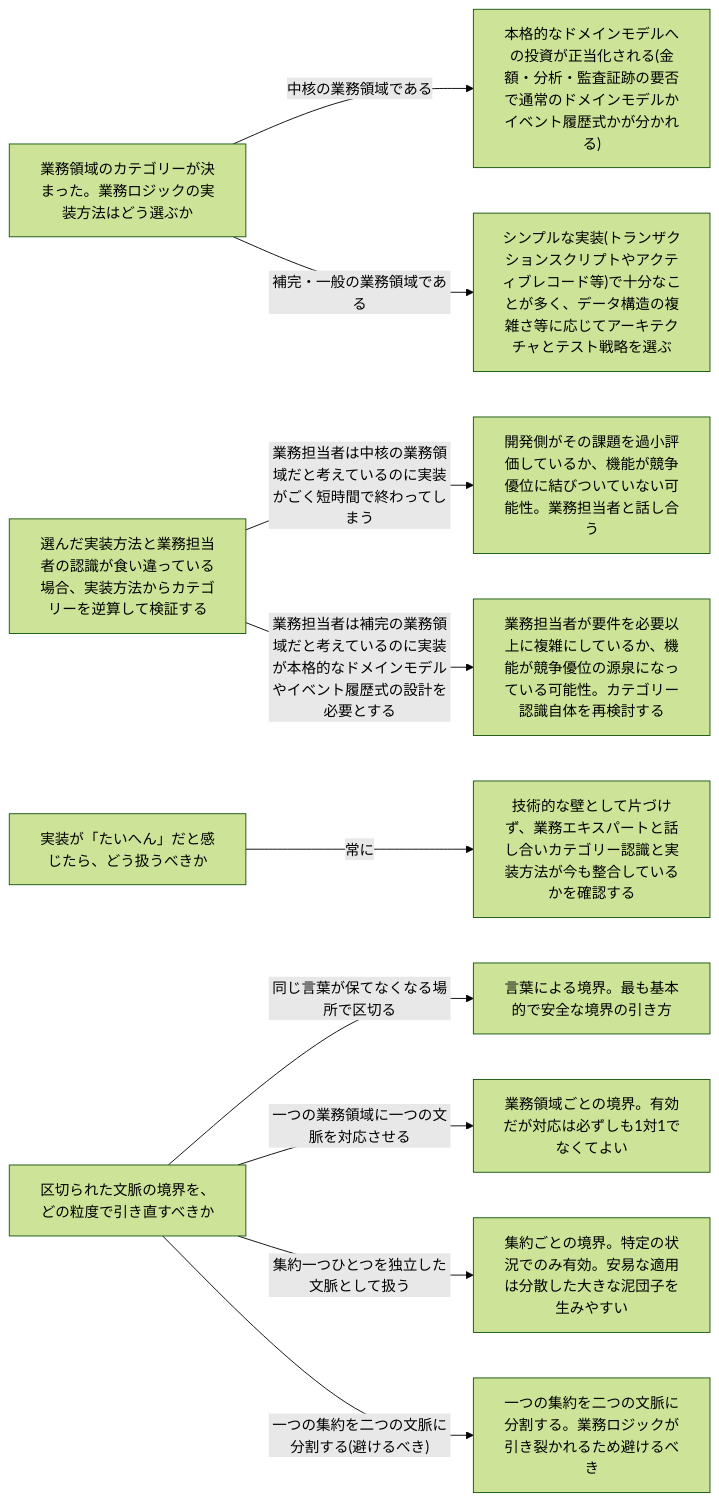
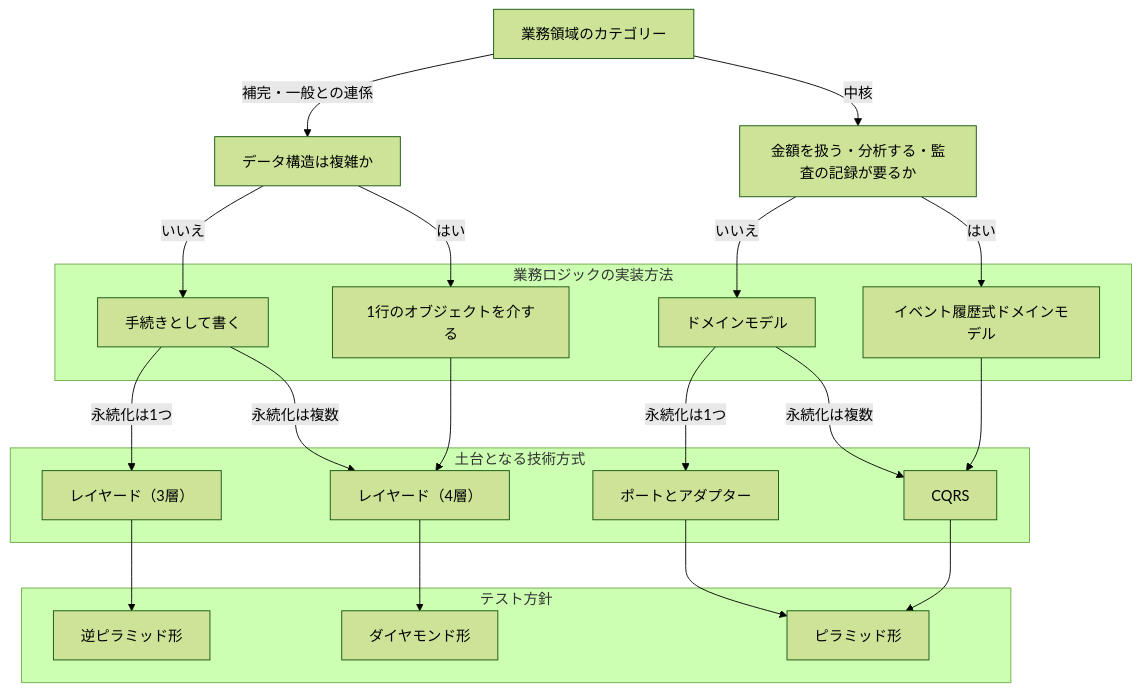
The first of 3 diagrams in .waffle/knowledge/ACTIVE/closing-heuristics.md (daidaiiro-519/waffle), drawn with Mermaid (forest theme) before and after one commit. The commit also changed other lines of this file and 20 other files, not shown here.

````diff
--- a/.waffle/knowledge/ACTIVE/closing-heuristics.md
+++ b/.waffle/knowledge/ACTIVE/closing-heuristics.md
@@ -46,25 +74,39 @@
 ```mermaid
-flowchart LR
-    q1["業務領域のカテゴリーが決まった。業務ロジックの実装方法はどう選ぶか"]
-    r1a["本格的なドメインモデルへの投資が正当化される(金額・分析・監査証跡の要否で通常のドメインモデルかイベント履歴式かが分かれる)"]
-    r1b["シンプルな実装(トランザクションスクリプトやアクティブレコード等)で十分なことが多く、データ構造の複雑さ等に応じてアーキテクチャとテスト戦略を選ぶ"]
-    q2["選んだ実装方法と業務担当者の認識が食い違っている場合、実装方法からカテゴリーを逆算して検証する"]
-    r2a["開発側がその課題を過小評価しているか、機能が競争優位に結びついていない可能性。業務担当者と話し合う"]
-    r2b["業務担当者が要件を必要以上に複雑にしているか、機能が競争優位の源泉になっている可能性。カテゴリー認識自体を再検討する"]
-    q3["実装が「たいへん」だと感じたら、どう扱うべきか"]
-    r3["技術的な壁として片づけず、業務エキスパートと話し合いカテゴリー認識と実装方法が今も整合しているかを確認する"]
-    q4["区切られた文脈の境界を、どの粒度で引き直すべきか"]
-    r4a["言葉による境界。最も基本的で安全な境界の引き方"]
-    r4b["業務領域ごとの境界。有効だが対応は必ずしも1対1でなくてよい"]
-    r4c["集約ごとの境界。特定の状況でのみ有効。安易な適用は分散した大きな泥団子を生みやすい"]
-    r4d["一つの集約を二つの文脈に分割する。業務ロジックが引き裂かれるため避けるべき"]
-    q1 -->|"中核の業務領域である"| r1a
-    q1 -->|"補完・一般の業務領域である"| r1b
-    q2 -->|"業務担当者は中核の業務領域だと考えているのに実装がごく短時間で終わってしまう"| r2a
-    q2 -->|"業務担当者は補完の業務領域だと考えているのに実装が本格的なドメインモデルやイベント履歴式の設計を必要とする"| r2b
-    q3 -->|"常に"| r3
-    q4 -->|"同じ言葉が保てなくなる場所で区切る"| r4a
-    q4 -->|"一つの業務領域に一つの文脈を対応させる"| r4b
-    q4 -->|"集約一つひとつを独立した文脈として扱う"| r4c
-    q4 -->|"一つの集約を二つの文脈に分割する(避けるべき)"| r4d
+flowchart TD
+    subgraph g0["業務ロジックの実装方法"]
+        n0["手続きとして書く"]
+        n1["1行のオブジェクトを介する"]
+        n2["ドメインモデル"]
+        n3["イベント履歴式ドメインモデル"]
+    end
+    subgraph g1["土台となる技術方式"]
+        n4["レイヤード（3層）"]
+        n5["レイヤード（4層）"]
+        n6["ポートとアダプター"]
+        n7[CQRS]
+    end
+    subgraph g2["テスト方針"]
+        n8["逆ピラミッド形"]
+        n9["ダイヤモンド形"]
+        n10["ピラミッド形"]
+    end
+    n11["業務領域のカテゴリー"]
+    n12["データ構造は複雑か"]
+    n13["金額を扱う・分析する・監査の記録が要るか"]
+    n11 -->|"補完・一般との連係"| n12
+    n11 -->|"中核"| n13
+    n12 -->|"いいえ"| n0
+    n12 -->|"はい"| n1
+    n13 -->|"いいえ"| n2
+    n13 -->|"はい"| n3
+    n0 -->|"永続化は1つ"| n4
+    n0 -->|"永続化は複数"| n5
+    n1 --> n5
+    n2 -->|"永続化は1つ"| n6
+    n2 -->|"永続化は複数"| n7
+    n3 --> n7
+    n4 --> n8
+    n5 --> n9
+    n6 --> n10
+    n7 --> n10
 ```
````
